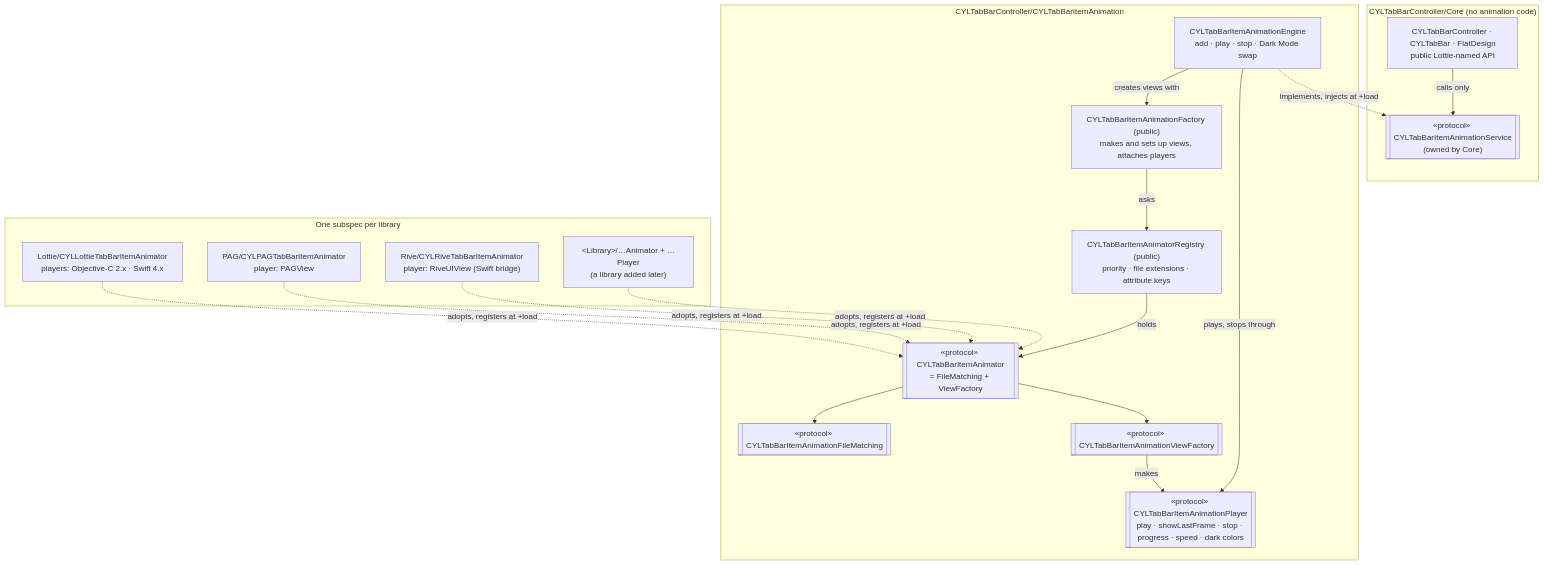
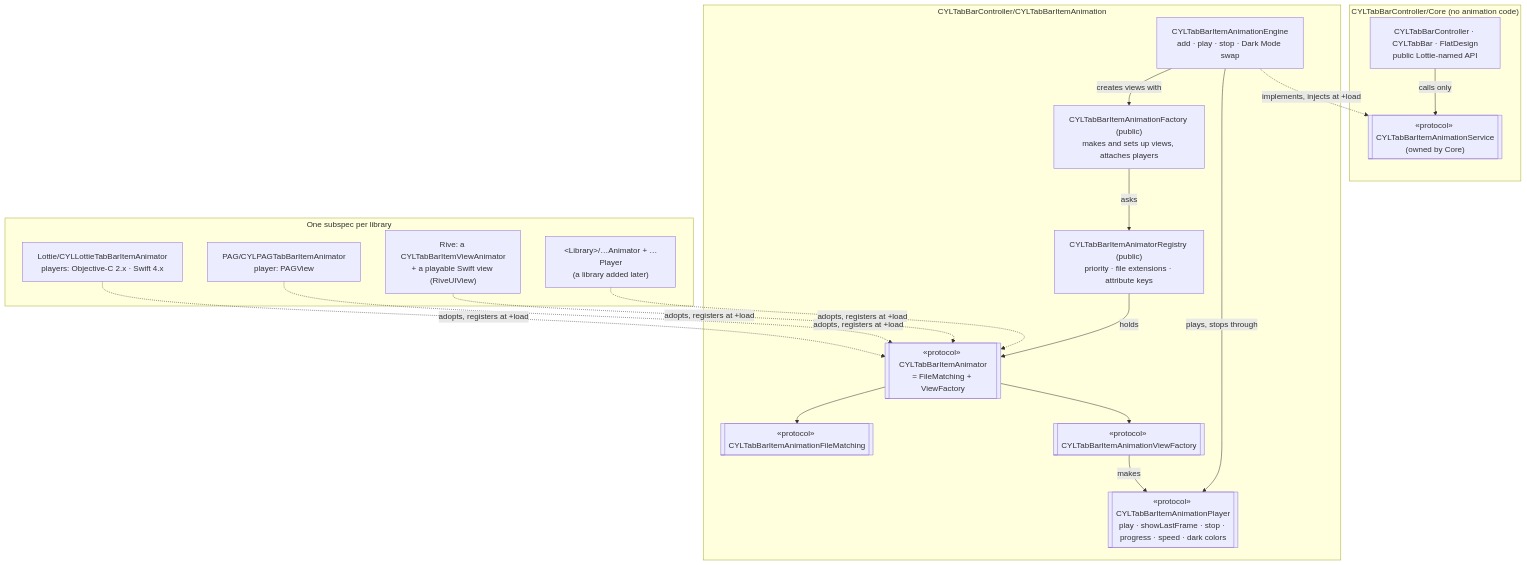
The first of 2 diagrams in docs/Tab-Bar-Item-Animation.md (ChenYilong/CYLTabBarController), drawn with Mermaid before and after one commit. The commit also changed other lines of this file and 156 other files, not shown here.

````diff
--- a/docs/Tab-Bar-Item-Animation.md
+++ b/docs/Tab-Bar-Item-Animation.md
@@ -63,35 +66,35 @@
 ```mermaid
 flowchart TB
     subgraph Core["CYLTabBarController/Core (no animation code)"]
         coreCode["CYLTabBarController · CYLTabBar · FlatDesign<br/>public Lottie-named API"]
         service[["«protocol» CYLTabBarItemAnimationService<br/>(owned by Core)"]]
         coreCode -- "calls only" --> service
     end
     subgraph Shared["CYLTabBarController/CYLTabBarItemAnimation"]
         engine["CYLTabBarItemAnimationEngine<br/>add · play · stop · Dark Mode swap"]
         factory["CYLTabBarItemAnimationFactory (public)<br/>makes and sets up views, attaches players"]
         registry["CYLTabBarItemAnimatorRegistry (public)<br/>priority · file extensions · attribute keys"]
         matching[["«protocol» CYLTabBarItemAnimationFileMatching"]]
         viewFactory[["«protocol» CYLTabBarItemAnimationViewFactory"]]
         animator[["«protocol» CYLTabBarItemAnimator<br/>= FileMatching + ViewFactory"]]
         player[["«protocol» CYLTabBarItemAnimationPlayer<br/>play · showLastFrame · stop · progress · speed · dark colors"]]
         engine -- "creates views with" --> factory
         engine -- "plays, stops through" --> player
         factory -- "asks" --> registry
         registry -- "holds" --> animator
         animator --> matching
         animator --> viewFactory
         viewFactory -- "makes" --> player
     end
     subgraph Libraries["One subspec per library"]
         lottie["Lottie/CYLLottieTabBarItemAnimator<br/>players: Objective-C 2.x · Swift 4.x"]
         pag["PAG/CYLPAGTabBarItemAnimator<br/>player: PAGView"]
-        rive["Rive/CYLRiveTabBarItemAnimator<br/>player: RiveUIView (Swift bridge)"]
+        rive["Rive: a CYLTabBarItemViewAnimator<br/>+ a playable Swift view (RiveUIView)"]
         next["&lt;Library&gt;/…Animator + …Player<br/>(a library added later)"]
     end
     engine -. "implements, injects at +load" .-> service
     lottie -. "adopts, registers at +load" .-> animator
     pag -. "adopts, registers at +load" .-> animator
     rive -. "adopts, registers at +load" .-> animator
     next -. "adopts, registers at +load" .-> animator
 ```
````
